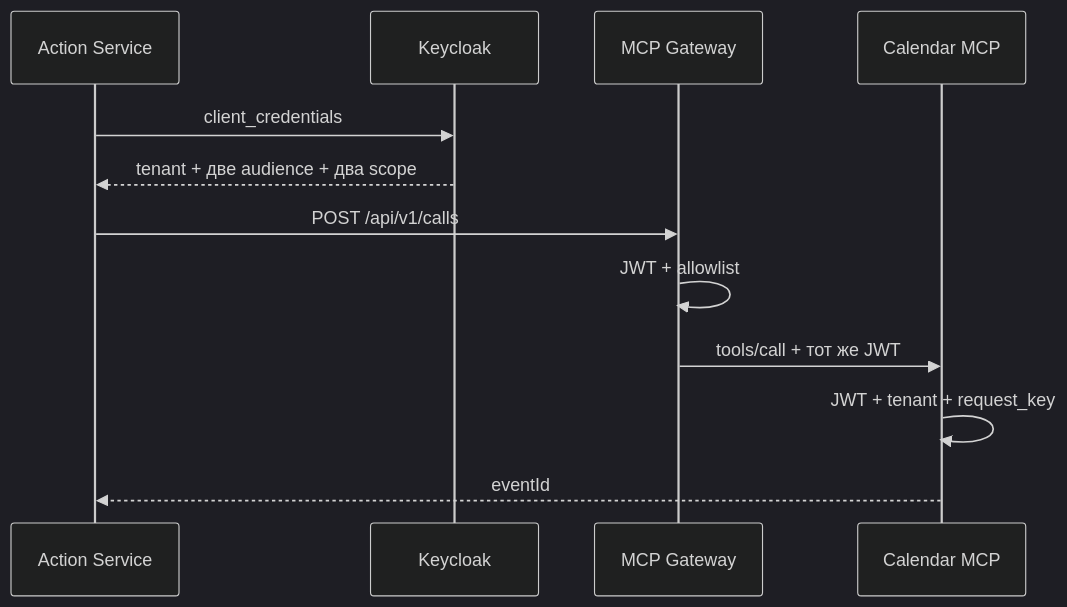
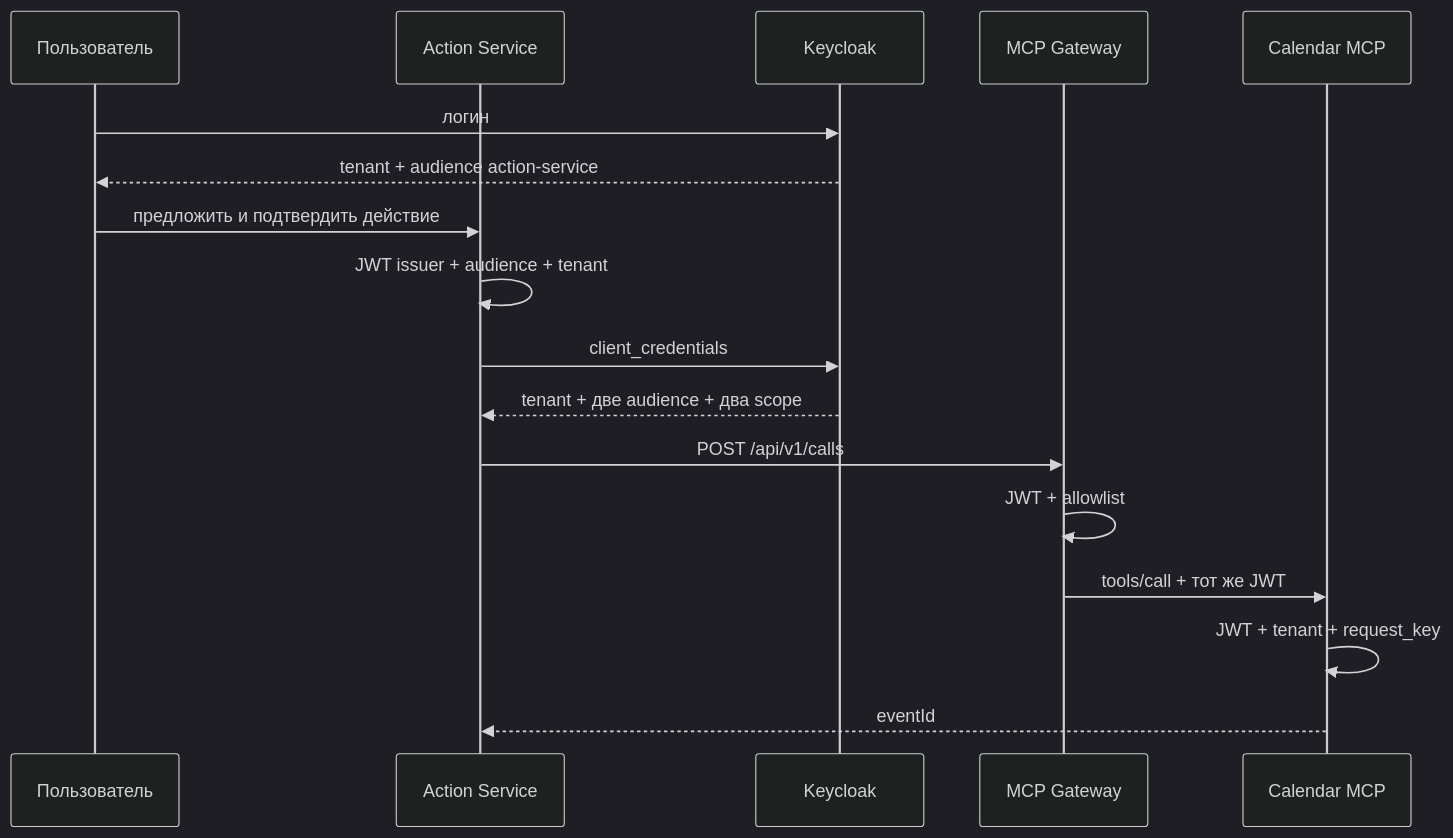
Before and after one commit to portable-agent/deploy: the diagram in docs/architecture.md, drawn with Mermaid (dark theme). The commit also changed 7 other files, not shown here.

Commit message:
feat: проверять audience Action API в локальном стенде (#6)

````diff
--- a/docs/architecture.md
+++ b/docs/architecture.md
@@ -25,15 +25,20 @@
 ```mermaid
 sequenceDiagram
+    participant User as Пользователь
     participant Action as Action Service
     participant Keycloak
     participant Gateway as MCP Gateway
     participant Calendar as Calendar MCP
 
+    User->>Keycloak: логин
+    Keycloak-->>User: tenant + audience action-service
+    User->>Action: предложить и подтвердить действие
+    Action->>Action: JWT issuer + audience + tenant
     Action->>Keycloak: client_credentials
     Keycloak-->>Action: tenant + две audience + два scope
     Action->>Gateway: POST /api/v1/calls
     Gateway->>Gateway: JWT + allowlist
     Gateway->>Calendar: tools/call + тот же JWT
     Calendar->>Calendar: JWT + tenant + request_key
     Calendar-->>Action: eventId
 ```
````
